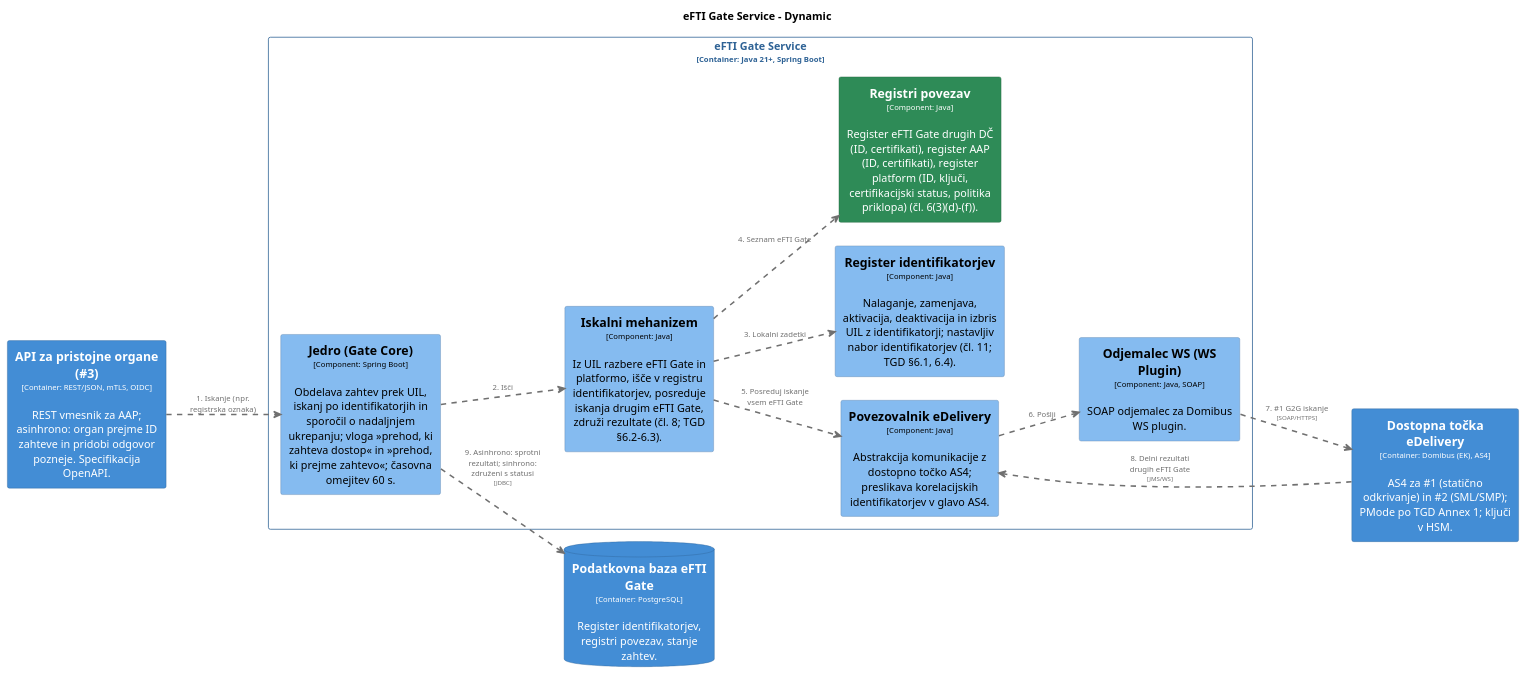
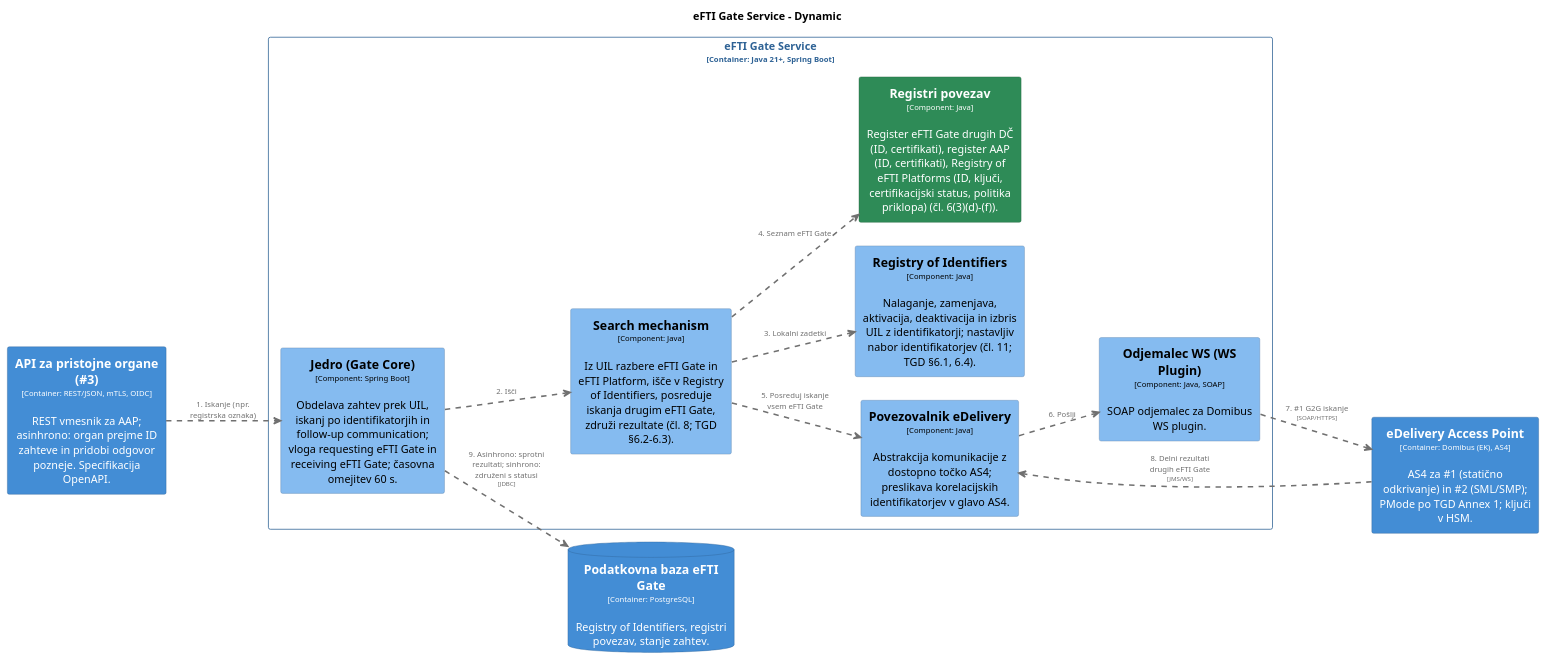
One commit to UM-KGPI/eFTI-Gate-SI changed the diagram in architecture/diagrams/structurizr-D3-Iskanje-po-identifikatorjih.puml. Above: the diagram before and after it, drawn with PlantUML. The commit also changed 38 other files, not shown here.

```diff
--- a/architecture/diagrams/structurizr-D3-Iskanje-po-identifikatorjih.puml
+++ b/architecture/diagrams/structurizr-D3-Iskanje-po-identifikatorjih.puml
@@ -1,100 +1,100 @@
 @startuml
 set separator none
 title eFTI Gate Service - Dynamic
 
 left to right direction
 skinparam ranksep 60
 skinparam nodesep 30
 
 skinparam {
   arrowFontSize 10
   defaultTextAlignment center
   wrapWidth 200
   maxMessageSize 100
 }
 
 hide stereotype
 
 skinparam rectangle<<eFTIGate.APIzapristojneorgane3>> {
   BackgroundColor #438dd5
   FontColor #ffffff
   BorderColor #2e6295
-  shadowing false
-}
-skinparam rectangle<<eFTIGate.DostopnatočkaeDelivery>> {
-  BackgroundColor #438dd5
-  FontColor #ffffff
-  BorderColor #2e6295
-  shadowing false
-}
-skinparam rectangle<<eFTIGate.eFTIGateService.Iskalnimehanizem>> {
-  BackgroundColor #85bbf0
-  FontColor #000000
-  BorderColor #5d82a8
   shadowing false
 }
 skinparam rectangle<<eFTIGate.eFTIGateService.JedroGateCore>> {
   BackgroundColor #85bbf0
   FontColor #000000
   BorderColor #5d82a8
   shadowing false
 }
 skinparam rectangle<<eFTIGate.eFTIGateService.OdjemalecWSWSPlugin>> {
   BackgroundColor #85bbf0
   FontColor #000000
   BorderColor #5d82a8
   shadowing false
 }
 skinparam database<<eFTIGate.PodatkovnabazaeFTIGate>> {
   BackgroundColor #438dd5
   FontColor #ffffff
   BorderColor #2e6295
   shadowing false
 }
 skinparam rectangle<<eFTIGate.eFTIGateService.PovezovalnikeDelivery>> {
   BackgroundColor #85bbf0
   FontColor #000000
   BorderColor #5d82a8
   shadowing false
 }
-skinparam rectangle<<eFTIGate.eFTIGateService.Registeridentifikatorjev>> {
+skinparam rectangle<<eFTIGate.eFTIGateService.Registripovezav>> {
+  BackgroundColor #2e8b57
+  FontColor #ffffff
+  BorderColor #20613c
+  shadowing false
+}
+skinparam rectangle<<eFTIGate.eFTIGateService.RegistryofIdentifiers>> {
   BackgroundColor #85bbf0
   FontColor #000000
   BorderColor #5d82a8
   shadowing false
 }
-skinparam rectangle<<eFTIGate.eFTIGateService.Registripovezav>> {
-  BackgroundColor #2e8b57
+skinparam rectangle<<eFTIGate.eFTIGateService.Searchmechanism>> {
+  BackgroundColor #85bbf0
+  FontColor #000000
+  BorderColor #5d82a8
+  shadowing false
+}
+skinparam rectangle<<eFTIGate.eDeliveryAccessPoint>> {
+  BackgroundColor #438dd5
   FontColor #ffffff
-  BorderColor #20613c
+  BorderColor #2e6295
   shadowing false
 }
 skinparam rectangle<<eFTIGate.eFTIGateService>> {
   BorderColor #2e6295
   FontColor #2e6295
   shadowing false
 }
 
 rectangle "eFTI Gate Service\n<size:10>[Container: Java 21+, Spring Boot]</size>" <<eFTIGate.eFTIGateService>> {
   rectangle "==Povezovalnik eDelivery\n<size:10>[Component: Java]</size>\n\nAbstrakcija komunikacije z dostopno točko AS4; preslikava korelacijskih identifikatorjev v glavo AS4." <<eFTIGate.eFTIGateService.PovezovalnikeDelivery>> as eFTIGate.eFTIGateService.PovezovalnikeDelivery
   rectangle "==Odjemalec WS (WS Plugin)\n<size:10>[Component: Java, SOAP]</size>\n\nSOAP odjemalec za Domibus WS plugin." <<eFTIGate.eFTIGateService.OdjemalecWSWSPlugin>> as eFTIGate.eFTIGateService.OdjemalecWSWSPlugin
-  rectangle "==Jedro (Gate Core)\n<size:10>[Component: Spring Boot]</size>\n\nObdelava zahtev prek UIL, iskanj po identifikatorjih in sporočil o nadaljnjem ukrepanju; vloga »prehod, ki zahteva dostop« in »prehod, ki prejme zahtevo«; časovna omejitev 60 s." <<eFTIGate.eFTIGateService.JedroGateCore>> as eFTIGate.eFTIGateService.JedroGateCore
-  rectangle "==Iskalni mehanizem\n<size:10>[Component: Java]</size>\n\nIz UIL razbere eFTI Gate in platformo, išče v registru identifikatorjev, posreduje iskanja drugim eFTI Gate, združi rezultate (čl. 8; TGD §6.2–6.3)." <<eFTIGate.eFTIGateService.Iskalnimehanizem>> as eFTIGate.eFTIGateService.Iskalnimehanizem
-  rectangle "==Register identifikatorjev\n<size:10>[Component: Java]</size>\n\nNalaganje, zamenjava, aktivacija, deaktivacija in izbris UIL z identifikatorji; nastavljiv nabor identifikatorjev (čl. 11; TGD §6.1, 6.4)." <<eFTIGate.eFTIGateService.Registeridentifikatorjev>> as eFTIGate.eFTIGateService.Registeridentifikatorjev
-  rectangle "==Registri povezav\n<size:10>[Component: Java]</size>\n\nRegister eFTI Gate drugih DČ (ID, certifikati), register AAP (ID, certifikati), register platform (ID, ključi, certifikacijski status, politika priklopa) (čl. 6(3)(d)–(f))." <<eFTIGate.eFTIGateService.Registripovezav>> as eFTIGate.eFTIGateService.Registripovezav
+  rectangle "==Jedro (Gate Core)\n<size:10>[Component: Spring Boot]</size>\n\nObdelava zahtev prek UIL, iskanj po identifikatorjih in follow-up communication; vloga requesting eFTI Gate in receiving eFTI Gate; časovna omejitev 60 s." <<eFTIGate.eFTIGateService.JedroGateCore>> as eFTIGate.eFTIGateService.JedroGateCore
+  rectangle "==Search mechanism\n<size:10>[Component: Java]</size>\n\nIz UIL razbere eFTI Gate in eFTI Platform, išče v Registry of Identifiers, posreduje iskanja drugim eFTI Gate, združi rezultate (čl. 8; TGD §6.2–6.3)." <<eFTIGate.eFTIGateService.Searchmechanism>> as eFTIGate.eFTIGateService.Searchmechanism
+  rectangle "==Registry of Identifiers\n<size:10>[Component: Java]</size>\n\nNalaganje, zamenjava, aktivacija, deaktivacija in izbris UIL z identifikatorji; nastavljiv nabor identifikatorjev (čl. 11; TGD §6.1, 6.4)." <<eFTIGate.eFTIGateService.RegistryofIdentifiers>> as eFTIGate.eFTIGateService.RegistryofIdentifiers
+  rectangle "==Registri povezav\n<size:10>[Component: Java]</size>\n\nRegister eFTI Gate drugih DČ (ID, certifikati), register AAP (ID, certifikati), Registry of eFTI Platforms (ID, ključi, certifikacijski status, politika priklopa) (čl. 6(3)(d)–(f))." <<eFTIGate.eFTIGateService.Registripovezav>> as eFTIGate.eFTIGateService.Registripovezav
 }
 
 rectangle "==API za pristojne organe (#3)\n<size:10>[Container: REST/JSON, mTLS, OIDC]</size>\n\nREST vmesnik za AAP; asinhrono: organ prejme ID zahteve in pridobi odgovor pozneje. Specifikacija OpenAPI." <<eFTIGate.APIzapristojneorgane3>> as eFTIGate.APIzapristojneorgane3
-database "==Podatkovna baza eFTI Gate\n<size:10>[Container: PostgreSQL]</size>\n\nRegister identifikatorjev, registri povezav, stanje zahtev." <<eFTIGate.PodatkovnabazaeFTIGate>> as eFTIGate.PodatkovnabazaeFTIGate
-rectangle "==Dostopna točka eDelivery\n<size:10>[Container: Domibus (EK), AS4]</size>\n\nAS4 za #1 (statično odkrivanje) in #2 (SML/SMP); PMode po TGD Annex 1; ključi v HSM." <<eFTIGate.DostopnatočkaeDelivery>> as eFTIGate.DostopnatočkaeDelivery
+database "==Podatkovna baza eFTI Gate\n<size:10>[Container: PostgreSQL]</size>\n\nRegistry of Identifiers, registri povezav, stanje zahtev." <<eFTIGate.PodatkovnabazaeFTIGate>> as eFTIGate.PodatkovnabazaeFTIGate
+rectangle "==eDelivery Access Point\n<size:10>[Container: Domibus (EK), AS4]</size>\n\nAS4 za #1 (statično odkrivanje) in #2 (SML/SMP); PMode po TGD Annex 1; ključi v HSM." <<eFTIGate.eDeliveryAccessPoint>> as eFTIGate.eDeliveryAccessPoint
 
 eFTIGate.APIzapristojneorgane3 .[#707070,thickness=2].> eFTIGate.eFTIGateService.JedroGateCore : "<color:#707070>1. Iskanje (npr. registrska oznaka)"
-eFTIGate.eFTIGateService.JedroGateCore .[#707070,thickness=2].> eFTIGate.eFTIGateService.Iskalnimehanizem : "<color:#707070>2. Išči"
-eFTIGate.eFTIGateService.Iskalnimehanizem .[#707070,thickness=2].> eFTIGate.eFTIGateService.Registeridentifikatorjev : "<color:#707070>3. Lokalni zadetki"
-eFTIGate.eFTIGateService.Iskalnimehanizem .[#707070,thickness=2].> eFTIGate.eFTIGateService.Registripovezav : "<color:#707070>4. Seznam eFTI Gate"
-eFTIGate.eFTIGateService.Iskalnimehanizem .[#707070,thickness=2].> eFTIGate.eFTIGateService.PovezovalnikeDelivery : "<color:#707070>5. Posreduj iskanje vsem eFTI Gate"
+eFTIGate.eFTIGateService.JedroGateCore .[#707070,thickness=2].> eFTIGate.eFTIGateService.Searchmechanism : "<color:#707070>2. Išči"
+eFTIGate.eFTIGateService.Searchmechanism .[#707070,thickness=2].> eFTIGate.eFTIGateService.RegistryofIdentifiers : "<color:#707070>3. Lokalni zadetki"
+eFTIGate.eFTIGateService.Searchmechanism .[#707070,thickness=2].> eFTIGate.eFTIGateService.Registripovezav : "<color:#707070>4. Seznam eFTI Gate"
+eFTIGate.eFTIGateService.Searchmechanism .[#707070,thickness=2].> eFTIGate.eFTIGateService.PovezovalnikeDelivery : "<color:#707070>5. Posreduj iskanje vsem eFTI Gate"
 eFTIGate.eFTIGateService.PovezovalnikeDelivery .[#707070,thickness=2].> eFTIGate.eFTIGateService.OdjemalecWSWSPlugin : "<color:#707070>6. Pošlji"
-eFTIGate.eFTIGateService.OdjemalecWSWSPlugin .[#707070,thickness=2].> eFTIGate.DostopnatočkaeDelivery : "<color:#707070>7. #1 G2G iskanje\n<color:#707070><size:8>[SOAP/HTTPS]</size>"
-eFTIGate.DostopnatočkaeDelivery .[#707070,thickness=2].> eFTIGate.eFTIGateService.PovezovalnikeDelivery : "<color:#707070>8. Delni rezultati drugih eFTI Gate\n<color:#707070><size:8>[JMS/WS]</size>"
+eFTIGate.eFTIGateService.OdjemalecWSWSPlugin .[#707070,thickness=2].> eFTIGate.eDeliveryAccessPoint : "<color:#707070>7. #1 G2G iskanje\n<color:#707070><size:8>[SOAP/HTTPS]</size>"
+eFTIGate.eDeliveryAccessPoint .[#707070,thickness=2].> eFTIGate.eFTIGateService.PovezovalnikeDelivery : "<color:#707070>8. Delni rezultati drugih eFTI Gate\n<color:#707070><size:8>[JMS/WS]</size>"
 eFTIGate.eFTIGateService.JedroGateCore .[#707070,thickness=2].> eFTIGate.PodatkovnabazaeFTIGate : "<color:#707070>9. Asinhrono: sprotni rezultati; sinhrono: združeni s statusi\n<color:#707070><size:8>[JDBC]</size>"
 @enduml
```
